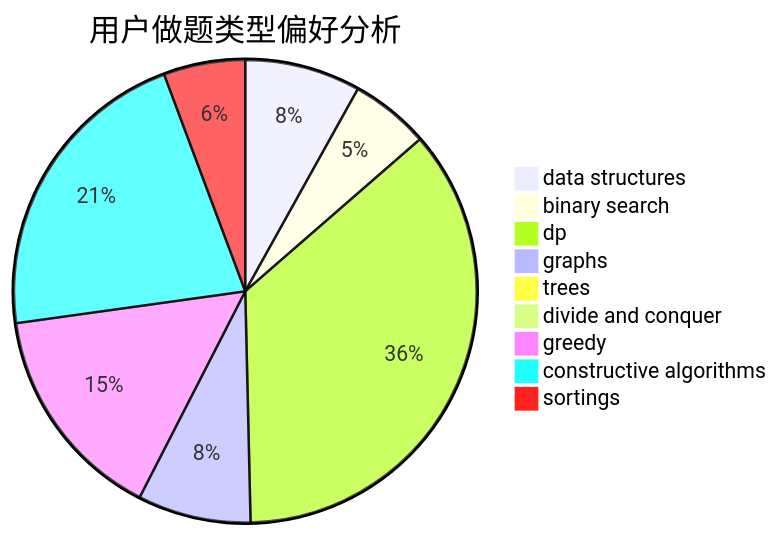
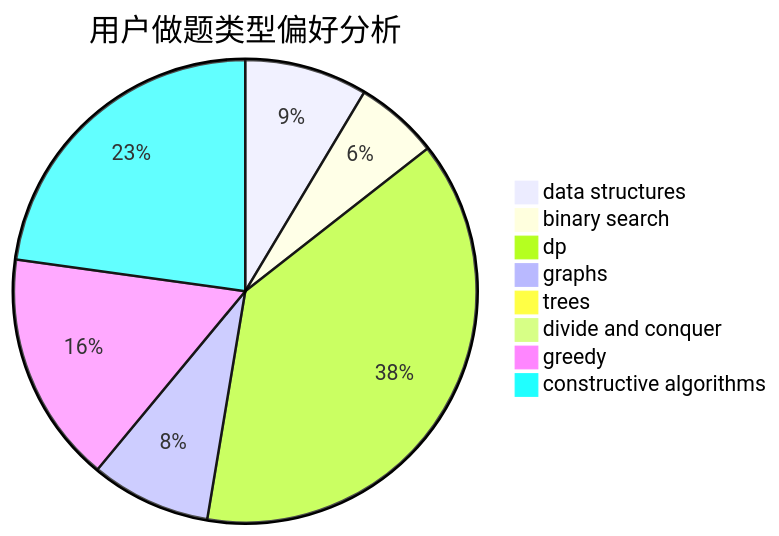
The second of 3 diagrams in docs/user/u770.md (sherpahu/cfrs.github.io), drawn with Mermaid before and after one commit. The commit also changed other lines of this file and 2769 other files, not shown here.

````diff
--- a/docs/user/u770.md
+++ b/docs/user/u770.md
@@ -18,12 +18,11 @@
 ```mermaid
 pie title 用户做题类型偏好分析
     "data structures" :  44
     "binary search" :  30
     "dp" :  196
     "graphs" :  43
     "trees" :  0
     "divide and conquer" :  2
     "greedy" :  83
     "constructive algorithms" :  117
-    "sortings" :  31
 ```
````
